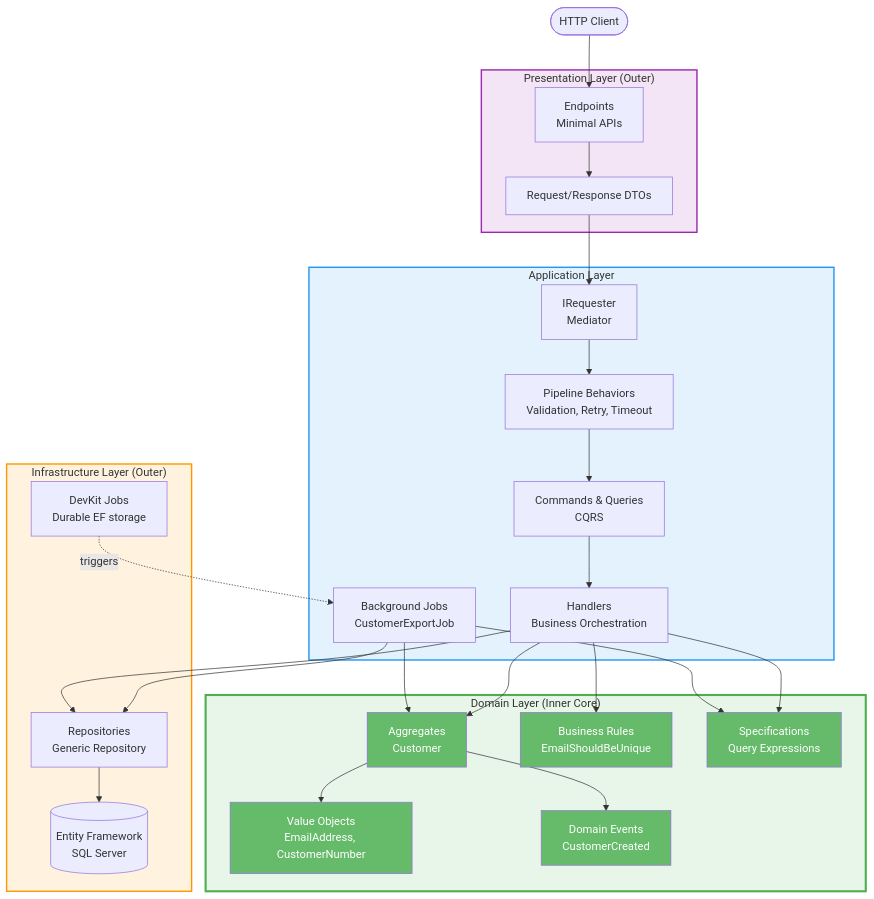
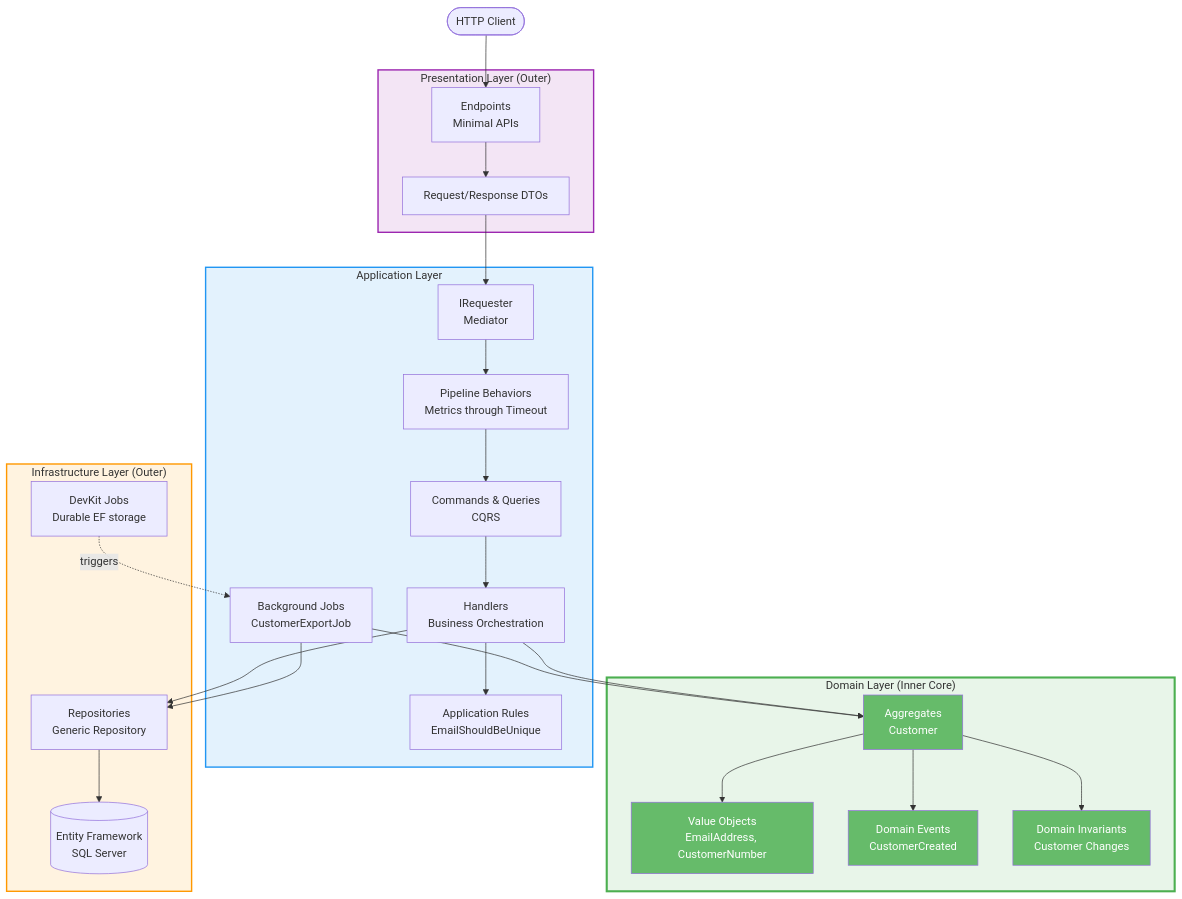
The third of 11 diagrams in README.md (BridgingIT-GmbH/bITdevKit.Examples.GettingStarted), drawn with Mermaid before and after one commit. The commit also changed other lines of this file, not shown here.

````diff
--- a/README.md
+++ b/README.md
@@ -251,68 +458,66 @@
 ```mermaid
 graph TB
     Client([HTTP Client]) --> Endpoints
 
     subgraph Presentation["Presentation Layer (Outer)"]
         Endpoints[Endpoints<br/>Minimal APIs]
         DTOs[Request/Response DTOs]
     end
 
     subgraph Application["Application Layer"]
         Requester[IRequester<br/>Mediator]
         CMD[Commands & Queries<br/>CQRS]
-        BEHAV[Pipeline Behaviors<br/>Validation, Retry, Timeout]
+        BEHAV[Pipeline Behaviors<br/>Metrics through Timeout]
         HAND[Handlers<br/>Business Orchestration]
         Jobs[Background Jobs<br/>CustomerExportJob]
+        RULES[Application Rules<br/>EmailShouldBeUnique]
     end
 
     subgraph Domain["Domain Layer (Inner Core)"]
         AGG[Aggregates<br/>Customer]
         VO[Value Objects<br/>EmailAddress, CustomerNumber]
         EVENTS[Domain Events<br/>CustomerCreated]
-        RULES[Business Rules<br/>EmailShouldBeUnique]
-        SPECS[Specifications<br/>Query Expressions]
+        INVARIANTS[Domain Invariants<br/>Customer Changes]
     end
 
     subgraph Infrastructure["Infrastructure Layer (Outer)"]
         Repos[Repositories<br/>Generic Repository]
         DB[(Entity Framework<br/>SQL Server)]
         Scheduler[DevKit Jobs<br/>Durable EF storage]
     end
 
     %% Request Flow
     Endpoints --> DTOs
     DTOs --> Requester
     Requester --> BEHAV
     BEHAV --> CMD
     CMD --> HAND
 
     %% Handler to Domain
     HAND --> AGG
     HAND --> RULES
-    HAND --> SPECS
 
     %% Jobs to Domain & Infrastructure
     Jobs --> AGG
     Jobs --> Repos
-    Jobs --> SPECS
 
     %% Domain Internal
     AGG --> VO
     AGG --> EVENTS
+    AGG --> INVARIANTS
 
     %% Persistence Flow
     HAND --> Repos
     Repos --> DB
     Scheduler -.triggers.-> Jobs
 
     %% Styling
     style Domain fill:#E8F5E9,stroke:#4CAF50,stroke-width:3px
     style AGG fill:#66BB6A,color:#fff
     style VO fill:#66BB6A,color:#fff
     style EVENTS fill:#66BB6A,color:#fff
-    style RULES fill:#66BB6A,color:#fff
-    style SPECS fill:#66BB6A,color:#fff
+    style INVARIANTS fill:#66BB6A,color:#fff
     style Application fill:#E3F2FD,stroke:#2196F3,stroke-width:2px
     style Presentation fill:#F3E5F5,stroke:#9C27B0,stroke-width:2px
     style Infrastructure fill:#FFF3E0,stroke:#FF9800,stroke-width:2px
 ```
````
